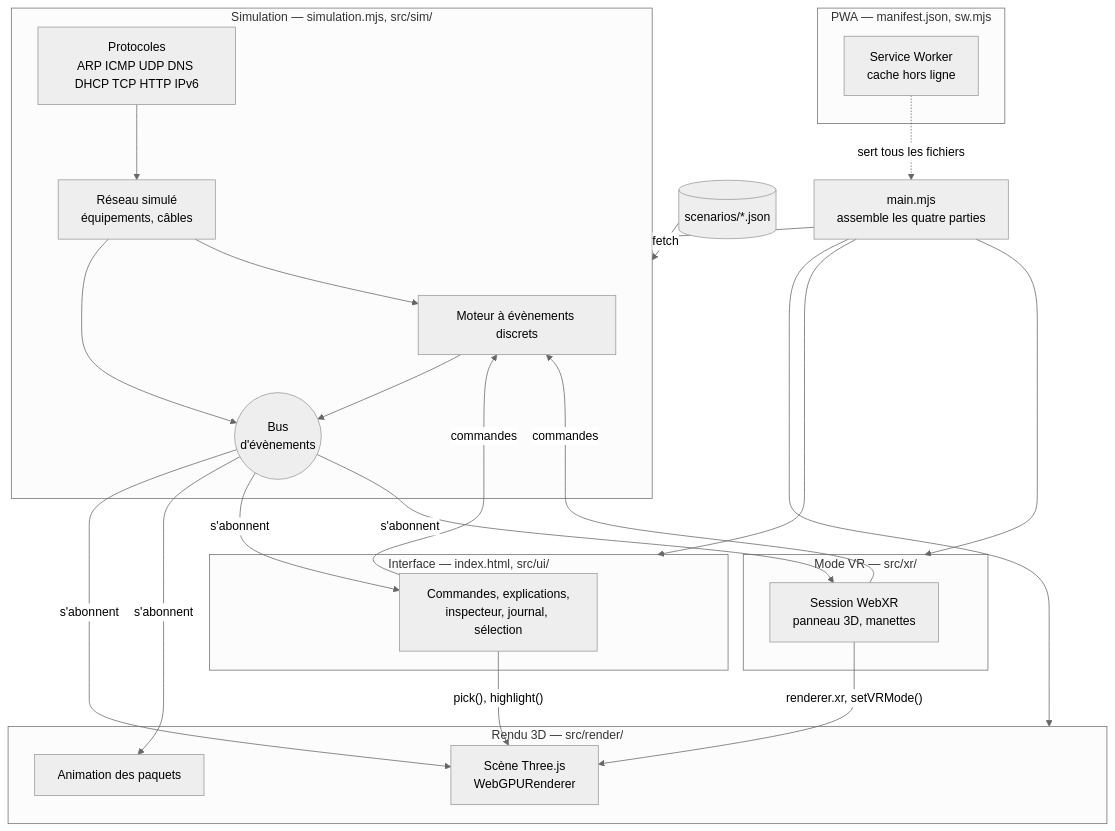
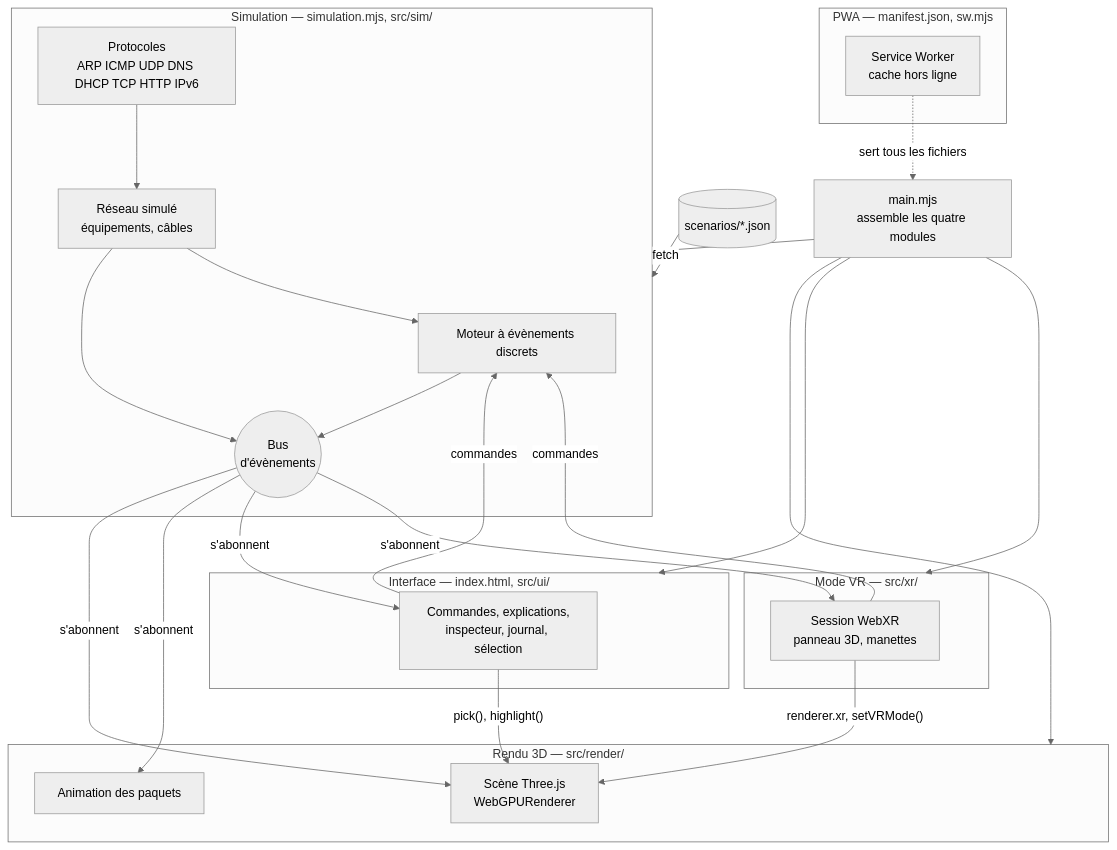
One commit to ramydriwech/3D-Network-LAB changed the diagram in docs/architecture.md. Above: the diagram before and after it, drawn with Mermaid (neutral theme). The commit also changed other lines of this file and 38 other files, not shown here.

````diff
--- a/docs/architecture.md
+++ b/docs/architecture.md
@@ -8,43 +8,43 @@
 ```mermaid
 flowchart TB
-  main["main.mjs<br/>assemble les quatre parties"]
+  main["main.mjs<br/>assemble les quatre modules"]
 
   subgraph sim["Simulation — simulation.mjs, src/sim/"]
     engine["Moteur à évènements discrets"]
     net["Réseau simulé<br/>équipements, câbles"]
     protos["Protocoles<br/>ARP ICMP UDP DNS DHCP TCP HTTP IPv6"]
     bus(("Bus<br/>d'évènements"))
     engine --> bus
     net --> bus
     protos --> net
     net --> engine
   end
 
   subgraph render["Rendu 3D — src/render/"]
     scene["Scène Three.js<br/>WebGPURenderer"]
     anim["Animation des paquets"]
   end
 
   subgraph ui["Interface — index.html, src/ui/"]
     panels["Commandes, explications,<br/>inspecteur, journal, sélection"]
   end
 
   subgraph xr["Mode VR — src/xr/"]
     session["Session WebXR<br/>panneau 3D, manettes"]
   end
 
   subgraph pwa["PWA — manifest.json, sw.mjs"]
     sw["Service Worker<br/>cache hors ligne"]
   end
 
   json[("scenarios/*.json")]
 
   main --> sim & render & ui & xr
   json -- "fetch" --> sim
   bus -- "s'abonnent" --> scene & anim & panels & session
   panels -- "commandes" --> engine
   session -- "commandes" --> engine
   panels -- "pick(), highlight()" --> scene
   session -- "renderer.xr, setVRMode()" --> scene
   sw -. "sert tous les fichiers" .-> main
 ```
````
